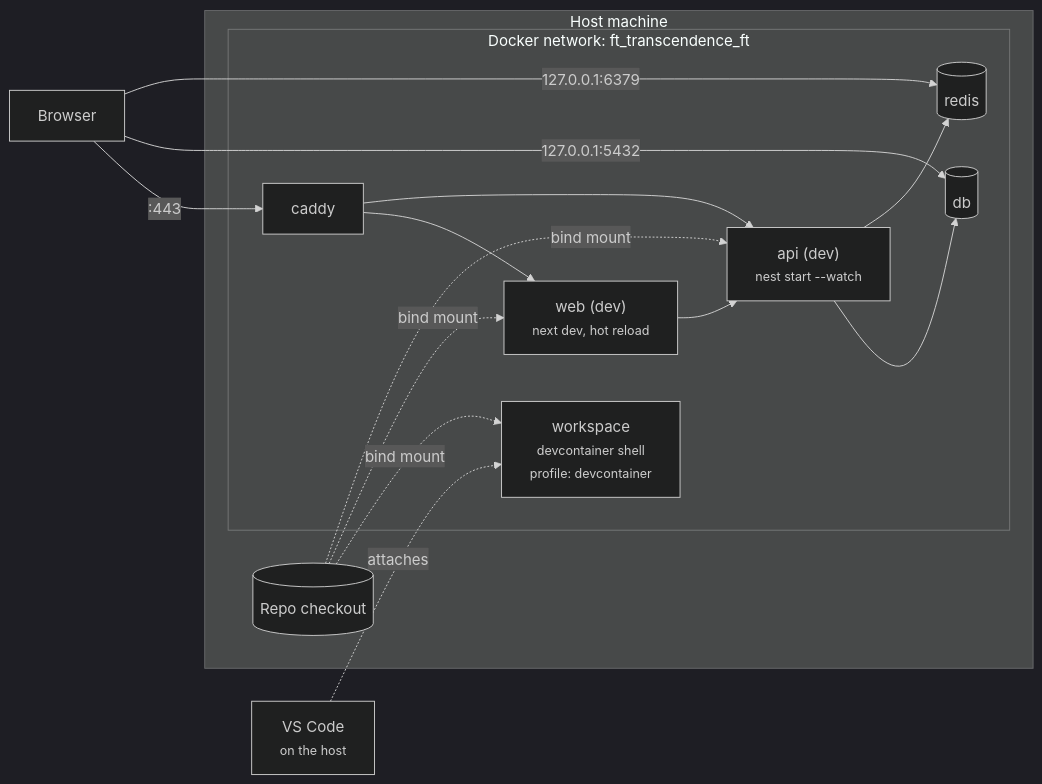
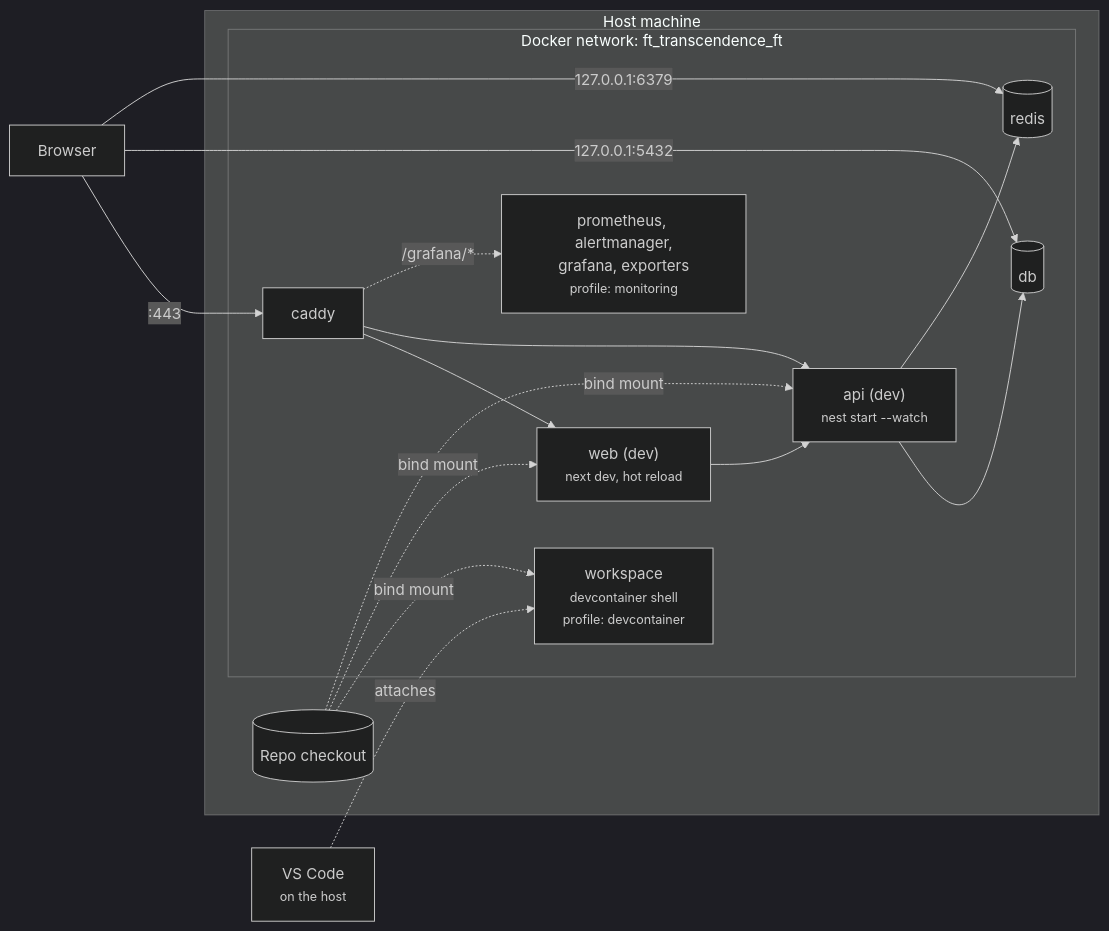
Before and after one commit to VictorBro/ft_transcendence: the third of 6 diagrams in docs/ARCHITECTURE.md, drawn with Mermaid (dark theme). The commit also changed other lines of this file and 77 other files, not shown here.

Commit message:
feat: monitoring with prometheus, grafana and alertmanager (#129)

````diff
--- a/docs/ARCHITECTURE.md
+++ b/docs/ARCHITECTURE.md
@@ -131,33 +168,35 @@
 ```mermaid
 flowchart LR
     browser["Browser"]
     editor["VS Code<br/><small>on the host</small>"]
 
     subgraph host["Host machine"]
         repo[("Repo checkout")]
 
         subgraph net["Docker network: ft_transcendence_ft"]
             caddy["caddy"]
             web["web (dev)<br/><small>next dev, hot reload</small>"]
             api["api (dev)<br/><small>nest start --watch</small>"]
             db[("db")]
             redis[("redis")]
             ws["workspace<br/><small>devcontainer shell<br/>profile: devcontainer</small>"]
+            mon["prometheus, alertmanager,<br/>grafana, exporters<br/><small>profile: monitoring</small>"]
         end
     end
 
     browser -->|":443"| caddy
     caddy --> web
     caddy --> api
+    caddy -.->|"/grafana/*"| mon
     web --> api
     api --> db
     api --> redis
 
     editor -.->|"attaches"| ws
     repo -.->|"bind mount"| ws
     repo -.->|"bind mount"| web
     repo -.->|"bind mount"| api
 
     browser -->|"127.0.0.1:5432"| db
     browser -->|"127.0.0.1:6379"| redis
 ```
````
